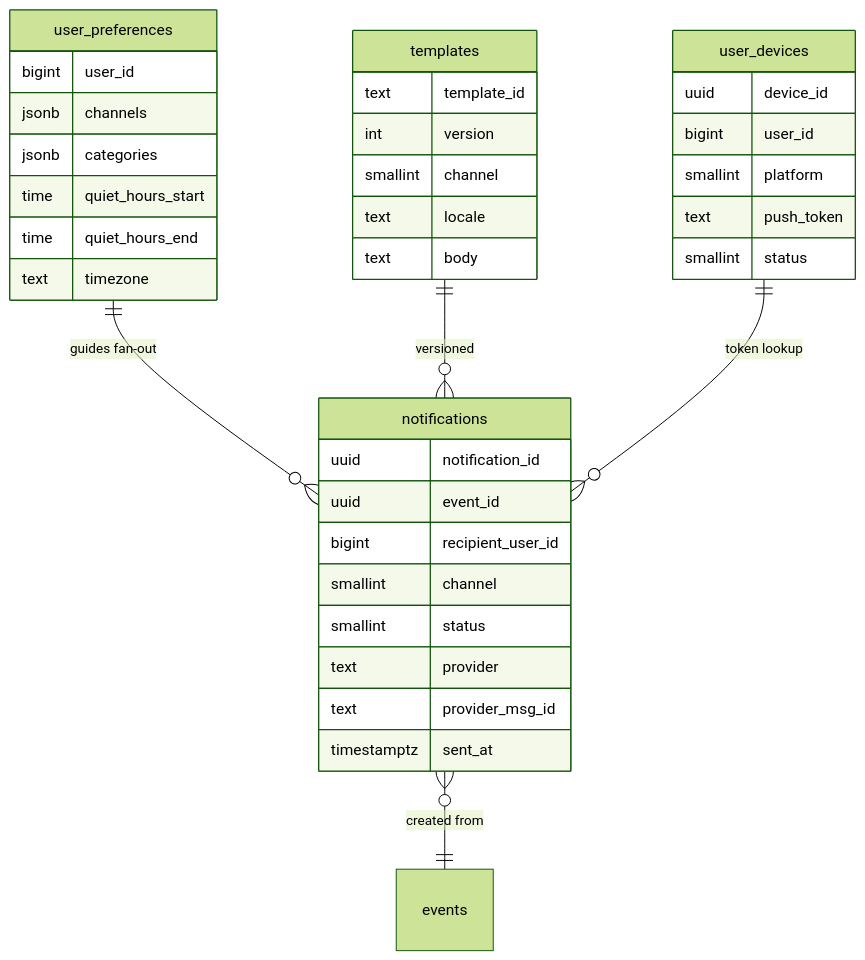
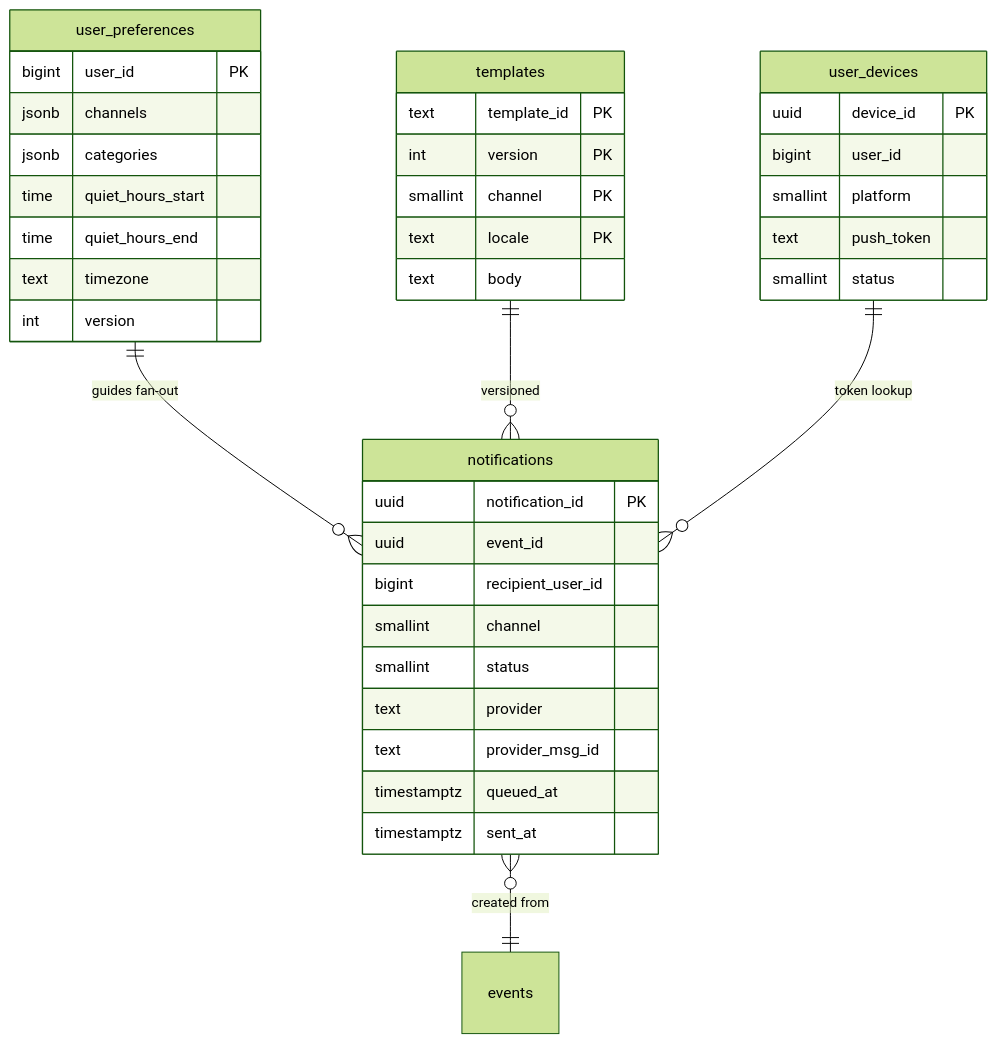
The first of 4 diagrams in problems/010-notification-system/solution.md (shiningflash/system-design), drawn with Mermaid (forest theme) before and after one commit. The commit also changed other lines of this file and 37 other files, not shown here.

````diff
--- a/problems/010-notification-system/solution.md
+++ b/problems/010-notification-system/solution.md
@@ -135,40 +113,42 @@
 ```mermaid
 erDiagram
     user_preferences ||--o{ notifications : "guides fan-out"
     templates ||--o{ notifications : "versioned"
     user_devices ||--o{ notifications : "token lookup"
     notifications }o--|| events : "created from"
 
     user_preferences {
-        bigint user_id
+        bigint user_id PK
         jsonb channels
         jsonb categories
         time quiet_hours_start
         time quiet_hours_end
         text timezone
+        int version
     }
     notifications {
-        uuid notification_id
+        uuid notification_id PK
         uuid event_id
         bigint recipient_user_id
         smallint channel
         smallint status
         text provider
         text provider_msg_id
+        timestamptz queued_at
         timestamptz sent_at
     }
     templates {
-        text template_id
-        int version
-        smallint channel
-        text locale
+        text template_id PK
+        int version PK
+        smallint channel PK
+        text locale PK
         text body
     }
     user_devices {
-        uuid device_id
+        uuid device_id PK
         bigint user_id
         smallint platform
         text push_token
         smallint status
     }
 ```
````
